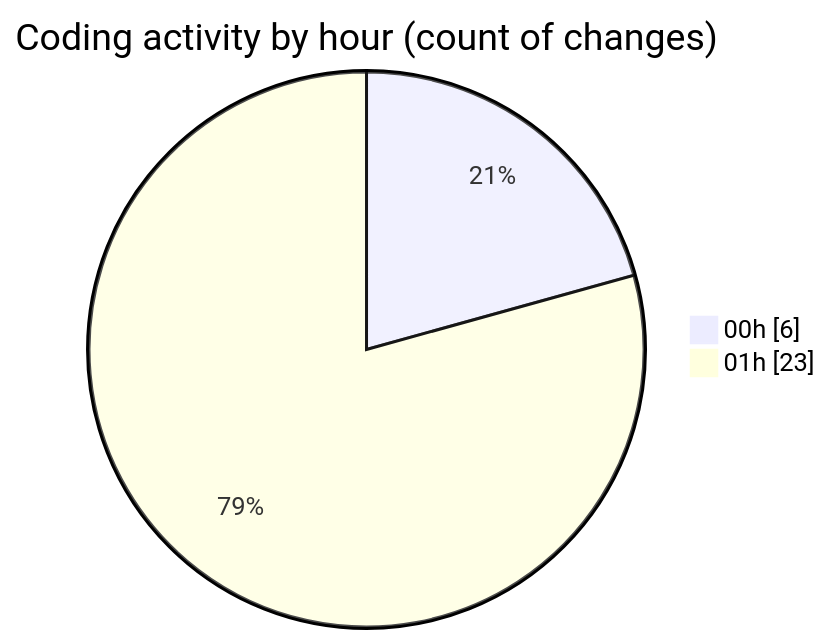
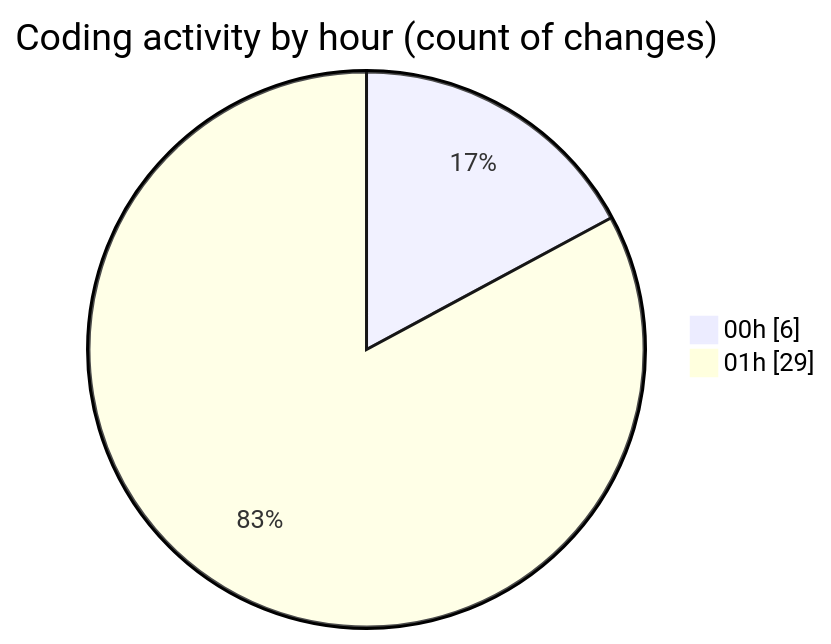
The second of 2 diagrams in 2025-06-22/archive/README.md (JenPaints/code-tracking), drawn with Mermaid before and after one commit. The commit also changed other lines of this file and 1 other file, not shown here.

````diff
--- a/2025-06-22/archive/README.md
+++ b/2025-06-22/archive/README.md
@@ -34,6 +34,6 @@
 ```mermaid
 pie showData
 title Coding activity by hour (count of changes)
 "00h" : 6
-"01h" : 23
+"01h" : 29
 ```
````
